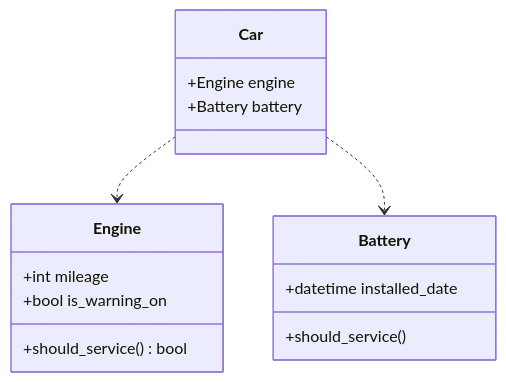
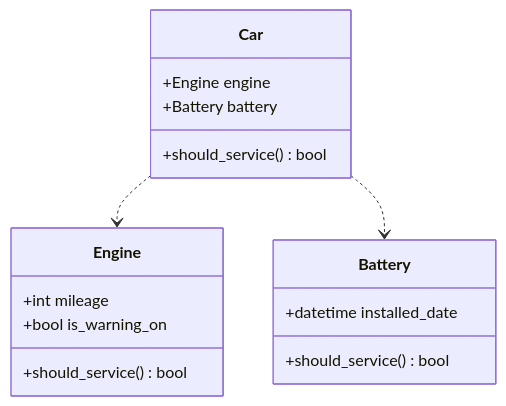
One commit to vagabond-systems/forage-lyft-starter-repo changed the diagram in uml-diagram.md. Above: the diagram before and after it, drawn with Mermaid.

Commit message:
added service function to car

````diff
--- a/uml-diagram.md
+++ b/uml-diagram.md
@@ -1,18 +1,19 @@
 ```mermaid
 classDiagram
     Car ..> Engine
     Car ..> Battery
     class Car{
         +Engine engine
         +Battery battery
+        +should_service() bool
     }
     class Engine{
         +int mileage
         +bool is_warning_on
         +should_service() bool
     }
     class Battery{
         +datetime installed_date
-        +should_service()
+        +should_service() bool
     }
 ```
````
